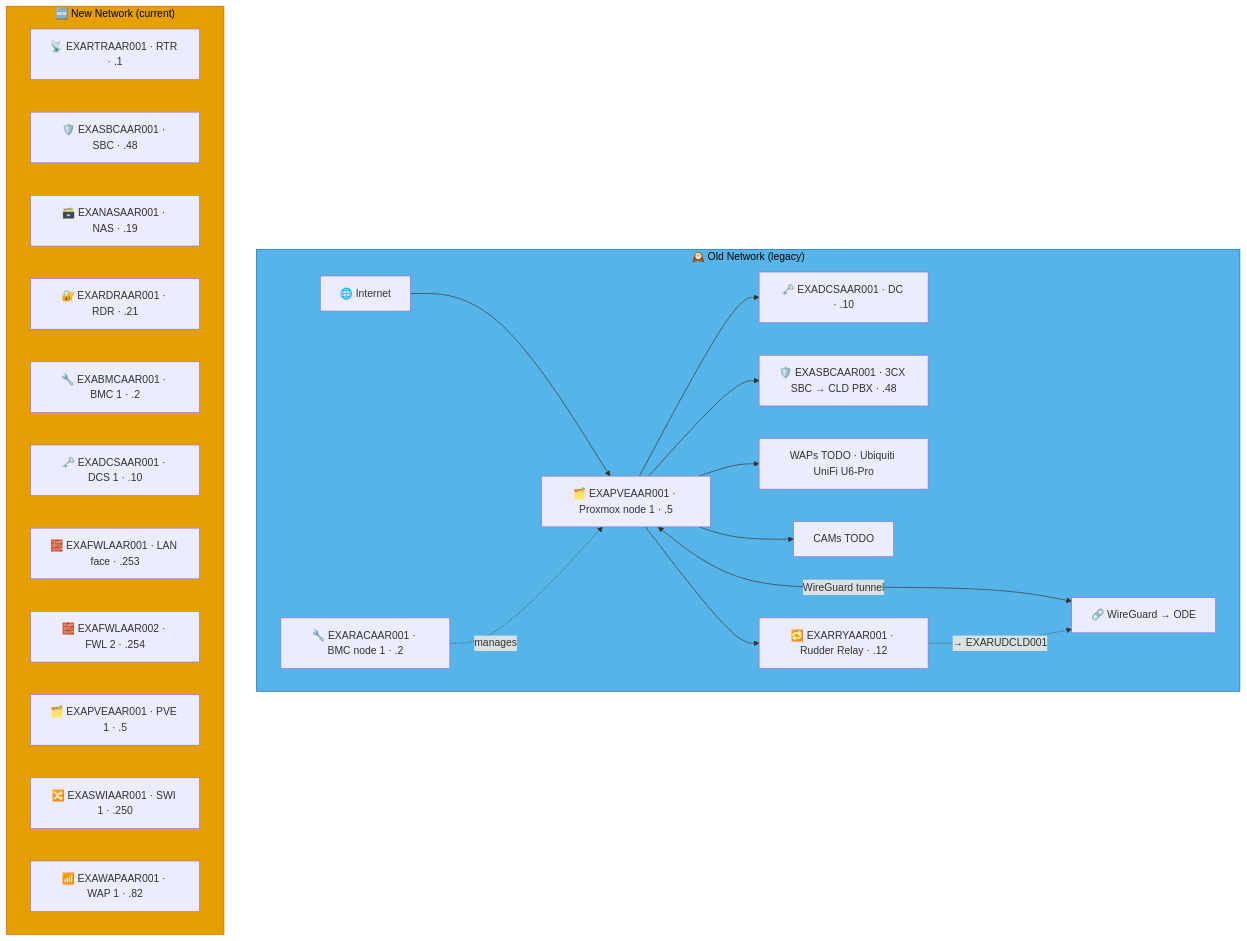
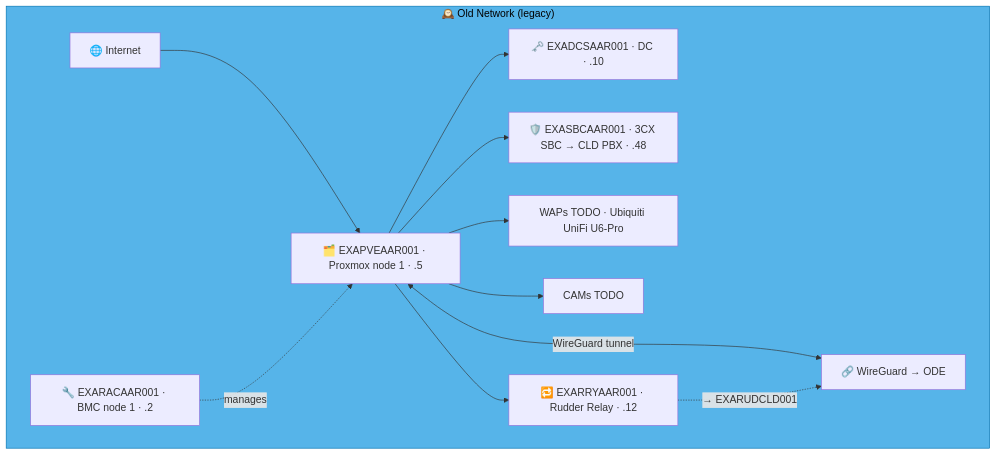
Before and after one commit to knightmare2600/example_music_infra: diagram 11 of 18 in docs/network-diagram/danmark.md, drawn with Mermaid. The commit also changed other lines of this file and 35 other files, not shown here.

````diff
--- a/docs/network-diagram/danmark.md
+++ b/docs/network-diagram/danmark.md
@@ -322,39 +439,23 @@
 ```mermaid
 graph TD
     subgraph OLD_AAR ["🕰️ Old Network (legacy)"]
       INET["🌐 Internet"]
       RAC["🔧 EXARACAAR001 · BMC node 1 · .2"]
       PVE["🗂️ EXAPVEAAR001 · Proxmox node 1 · .5"]
       DC["🗝️ EXADCSAAR001 · DC · .10"]
       SBC["🛡️ EXASBCAAR001 · 3CX SBC → CLD PBX · .48"]
       RRY["🔁 EXARRYAAR001 · Rudder Relay · .12"]
       WAP["WAPs TODO · Ubiquiti UniFi U6-Pro"]
       CAM["CAMs TODO"]
       VPN["🔗 WireGuard → ODE"]
 
       INET --> PVE --> DC & SBC
       RAC -.->|"manages"| PVE
       PVE --> WAP & CAM
       PVE <-->|"WireGuard tunnel"| VPN
 
       PVE --> RRY
       RRY -. "→ EXARUDCLD001" .-> VPN
     end
     style OLD_AAR fill:#56B4E9,stroke:#0072B2,color:#000000
-    %% GENERATED:NEW-NETWORK:AAR:START
-    subgraph NEW_AAR ["🆕 New Network (current)"]
-      N_RTR["📡 EXARTRAAR001 · RTR · .1"]
-      N_SBC["🛡️ EXASBCAAR001 · SBC · .48"]
-      N_NAS["🗃️ EXANASAAR001 · NAS · .19"]
-      N_RDR["🔐 EXARDRAAR001 · RDR · .21"]
-      N_BMC["🔧 EXABMCAAR001 · BMC 1 · .2"]
-      N_DCS["🗝️ EXADCSAAR001 · DCS 1 · .10"]
-      N_FWL["🧱 EXAFWLAAR001 · LAN face · .253"]
-      N_FWL2["🧱 EXAFWLAAR002 · FWL 2 · .254"]
-      N_PVE["🗂️ EXAPVEAAR001 · PVE 1 · .5"]
-      N_SWI["🔀 EXASWIAAR001 · SWI 1 · .250"]
-      N_WAP["📶 EXAWAPAAR001 · WAP 1 · .82"]
-    end
-    style NEW_AAR fill:#E69F00,stroke:#D55E00,color:#000000
-    %% GENERATED:NEW-NETWORK:AAR:END
 ```
````
